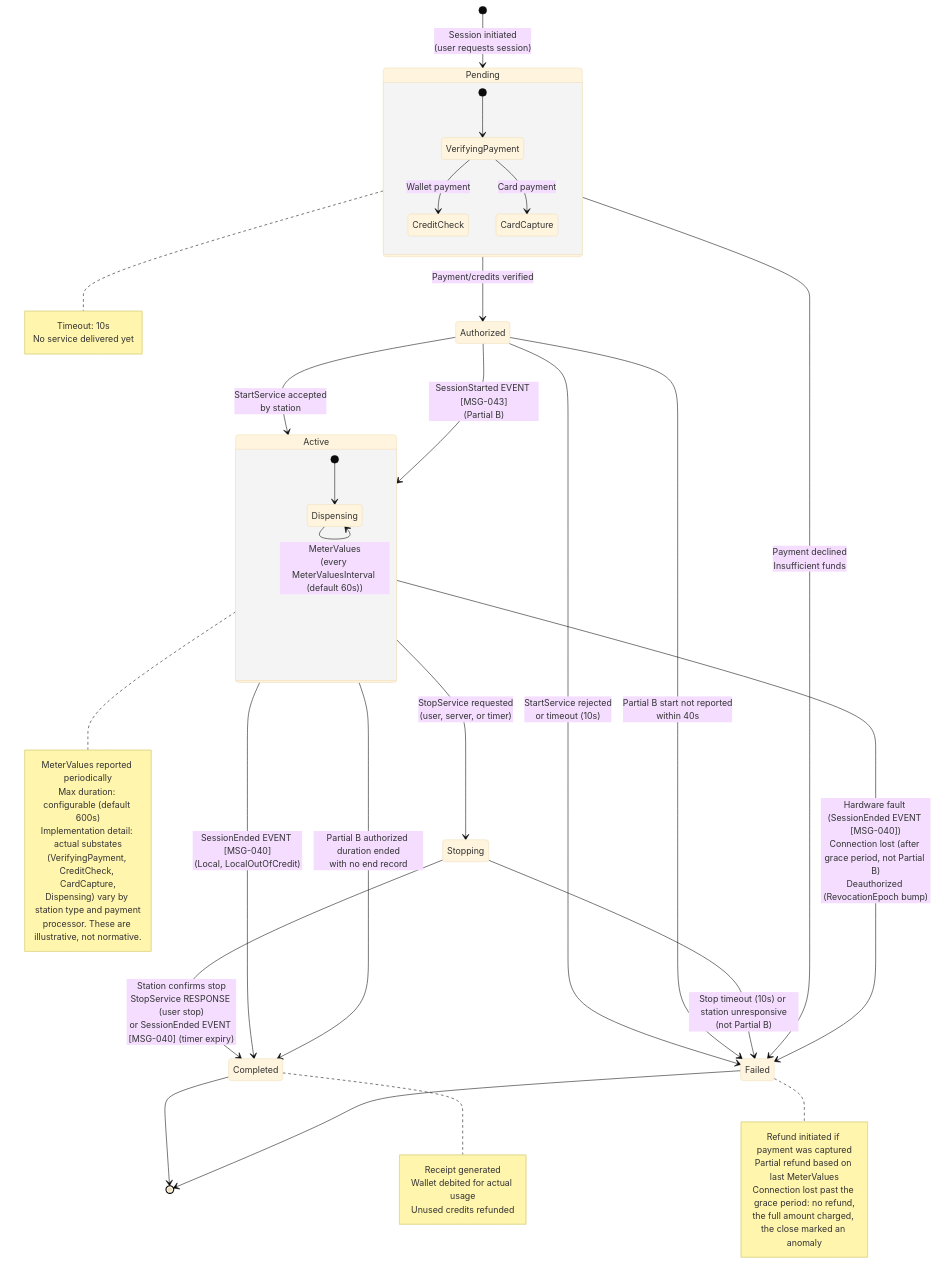
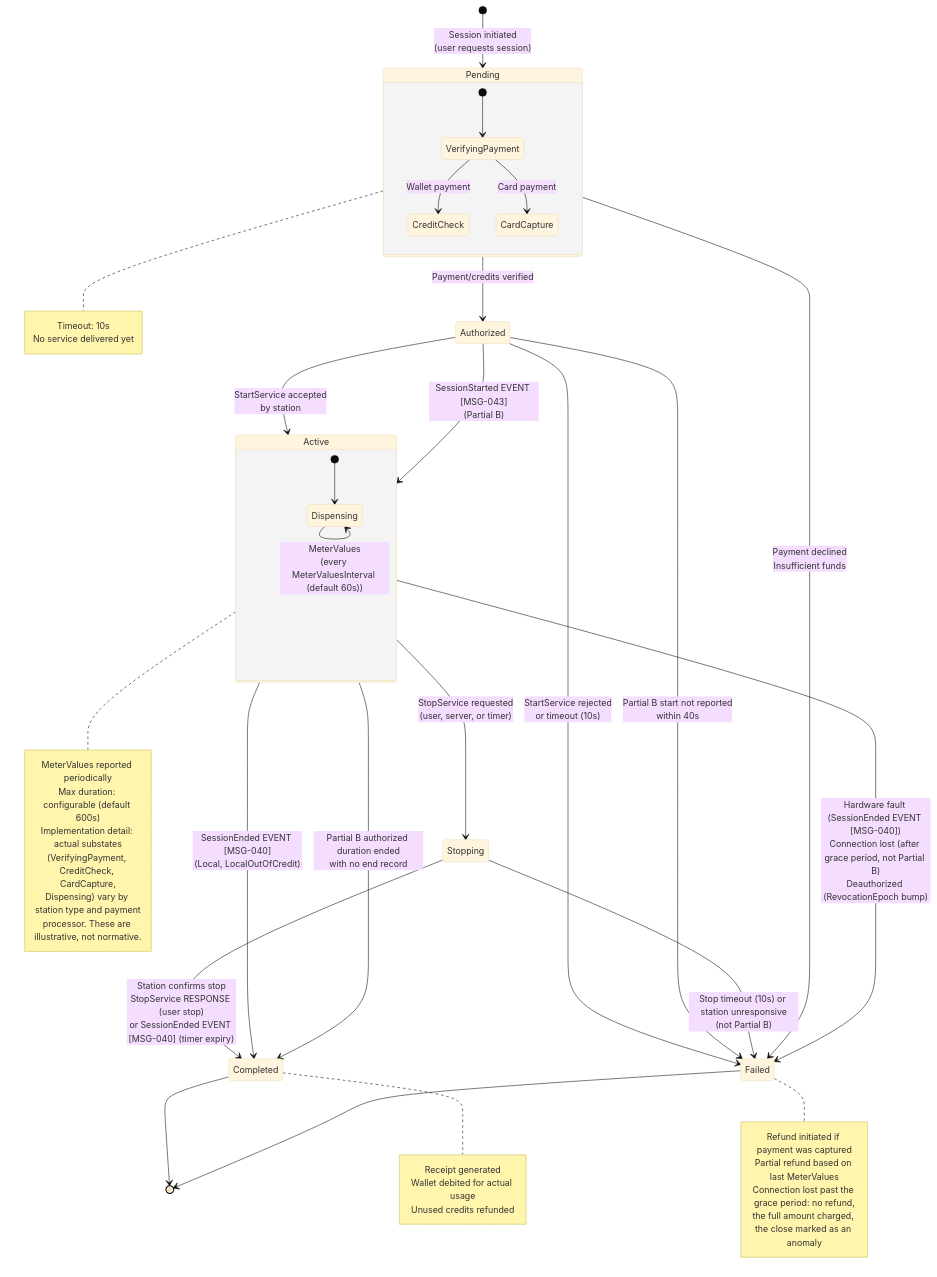
Before and after one commit to ospp-org/spec: the diagram in diagrams/state-machine-session.mmd, drawn with Mermaid (base theme). The commit also changed 2 other files, not shown here.

Commit message:
spec, diagrams, KNOWN-ISSUES: three nits of the review's verification round
The verification round of the review found the fixes of dbe0339 resolved and three single-site nits in them:
the last sentence of boot-notification.md section 5.2's fourth rule now names the line a server without Reconnect
draws differently, the one between a reconnection and a restart; item 21 of the BLE freeze entry scopes the close
that charges in full to a station not back by the end of ConnectionLostGracePeriod; and the session diagram's note
says the close is marked as an anomaly, as connection-lost.md does.

```diff
--- a/diagrams/state-machine-session.mmd
+++ b/diagrams/state-machine-session.mmd
@@ -1,62 +1,62 @@
 %% OSPP Session Lifecycle State Machine
 %% Reference: spec/05-state-machines.md, Section 3
 
 stateDiagram-v2
     [*] --> Pending : Session initiated<br/>(user requests session)
 
     Pending --> Authorized : Payment/credits verified
     Pending --> Failed : Payment declined<br/>Insufficient funds
 
     Authorized --> Active : StartService accepted<br/>by station
     Authorized --> Active : SessionStarted EVENT [MSG-043]<br/>(Partial B)
     Authorized --> Failed : StartService rejected<br/>or timeout (10s)
     Authorized --> Failed : Partial B start not reported<br/>within 40s
 
     Active --> Stopping : StopService requested<br/>(user, server, or timer)
     Active --> Completed : SessionEnded EVENT [MSG-040]<br/>(Local, LocalOutOfCredit)
     Active --> Failed : Hardware fault (SessionEnded EVENT [MSG-040])<br/>Connection lost (after grace period, not Partial B)<br/>Deauthorized (RevocationEpoch bump)
     Active --> Completed : Partial B authorized duration ended<br/>with no end record
 
     Stopping --> Completed : Station confirms stop<br/>StopService RESPONSE (user stop)<br/>or SessionEnded EVENT [MSG-040] (timer expiry)
     Stopping --> Failed : Stop timeout (10s) or station unresponsive<br/>(not Partial B)
 
     Completed --> [*]
     Failed --> [*]
 
     state Pending {
         [*] --> VerifyingPayment
         VerifyingPayment --> CreditCheck : Wallet payment
         VerifyingPayment --> CardCapture : Card payment
     }
 
     state Active {
         [*] --> Dispensing
         Dispensing --> Dispensing : MeterValues<br/>(every MeterValuesInterval (default 60s))
     }
 
     note right of Pending
         Timeout: 10s
         No service delivered yet
     end note
 
     note right of Active
         MeterValues reported periodically
         Max duration: configurable (default 600s)
         Implementation detail: actual substates
         (VerifyingPayment, CreditCheck, CardCapture,
         Dispensing) vary by station type and payment
         processor. These are illustrative, not normative.
     end note
 
     note right of Completed
         Receipt generated
         Wallet debited for actual usage
         Unused credits refunded
     end note
 
     note right of Failed
         Refund initiated if payment was captured
         Partial refund based on last MeterValues
         Connection lost past the grace period: no refund,
-        the full amount charged, the close marked an anomaly
+        the full amount charged, the close marked as an anomaly
     end note
```
